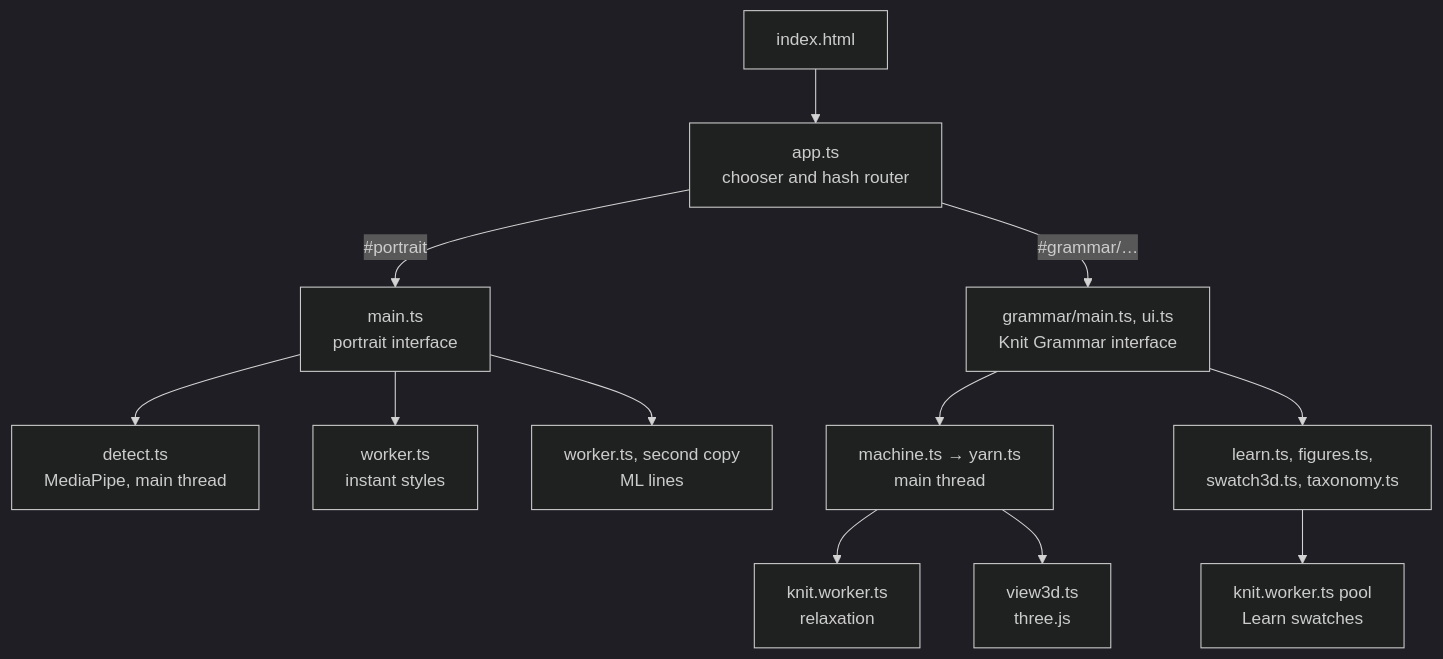
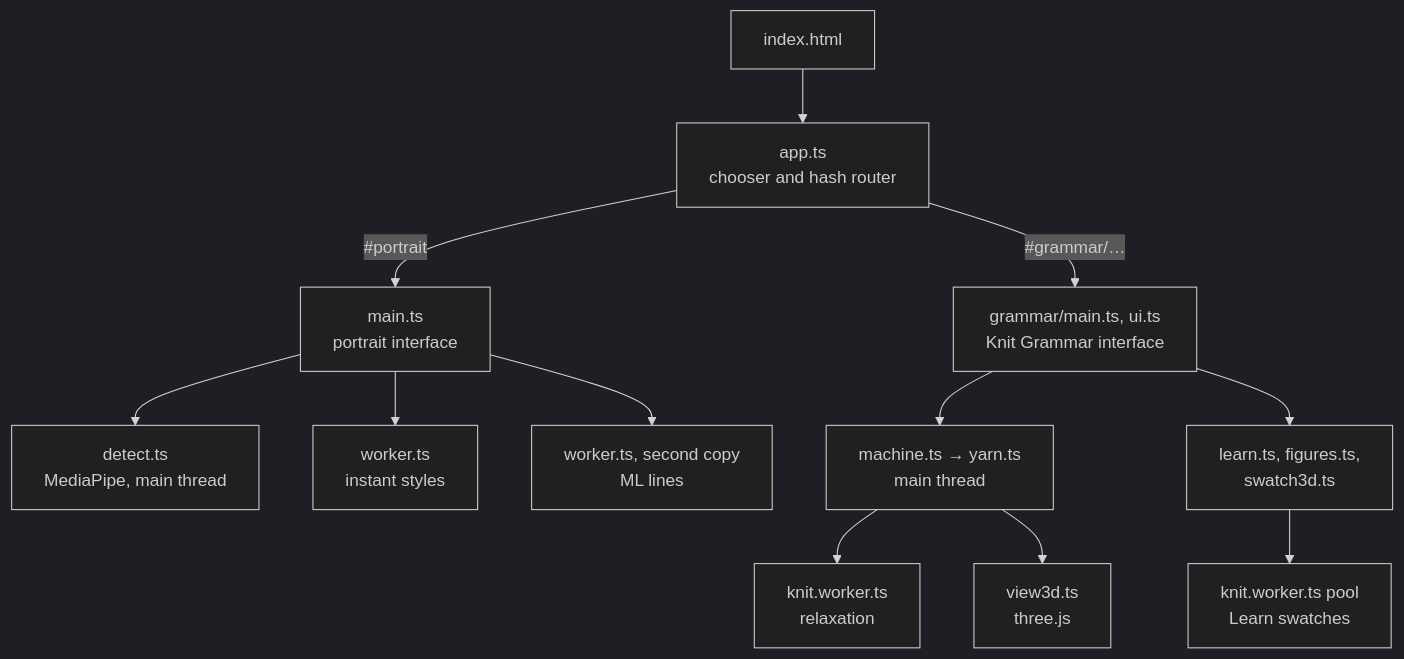
One commit to NijatM/KnittingPixelArtEditor changed the first of 9 diagrams in docs/ARCHITECTURE.md. Above: the diagram before and after it, drawn with Mermaid (dark theme). The commit also changed other lines of this file and 471 other files, not shown here.

Commit message:
Knitting Taxonomy M1 + M2: schemas, vocabularies, 300 generated demo samples, record check and tag format; #taxonomy section with the Samples shelf (sort, hover/dwell/pin, search, keys, details band, full record); Learn 07 removed, old tag address redirects

````diff
--- a/docs/ARCHITECTURE.md
+++ b/docs/ARCHITECTURE.md
@@ -29,14 +29,14 @@
 ```mermaid
 flowchart TB
   index["index.html"] --> app["app.ts<br/>chooser and hash router"]
   app -- "#portrait" --> pm["main.ts<br/>portrait interface"]
   app -- "#grammar/…" --> gm["grammar/main.ts, ui.ts<br/>Knit Grammar interface"]
   pm --> det["detect.ts<br/>MediaPipe, main thread"]
   pm --> w1["worker.ts<br/>instant styles"]
   pm --> w2["worker.ts, second copy<br/>ML lines"]
   gm --> eng["machine.ts → yarn.ts<br/>main thread"]
   eng --> kw["knit.worker.ts<br/>relaxation"]
   eng --> v3["view3d.ts<br/>three.js"]
-  gm --> learn["learn.ts, figures.ts,<br/>swatch3d.ts, taxonomy.ts"]
+  gm --> learn["learn.ts, figures.ts,<br/>swatch3d.ts"]
   learn --> pool["knit.worker.ts pool<br/>Learn swatches"]
 ```
````
